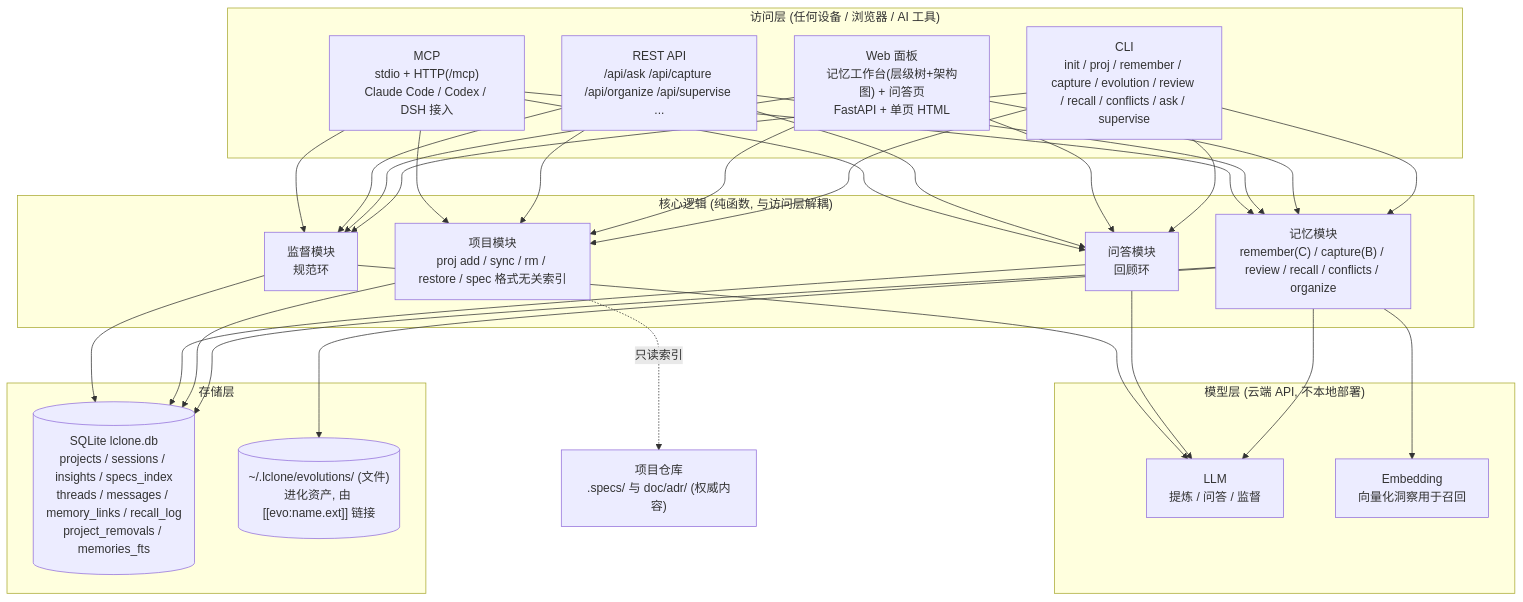
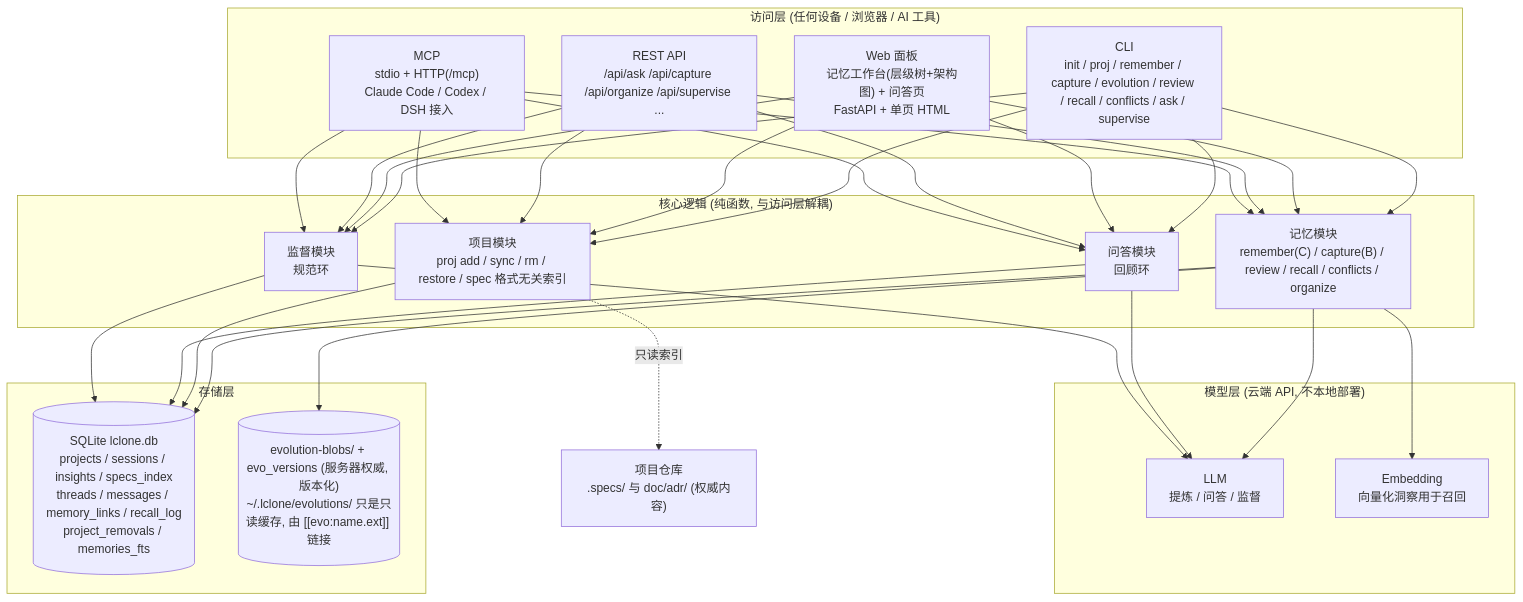
Before and after one commit to ljzRober/L-clone: the diagram in README.zh-CN.md, drawn with Mermaid. The commit also changed other lines of this file and 25 other files, not shown here.

````diff
--- a/README.zh-CN.md
+++ b/README.zh-CN.md
@@ -32,39 +32,39 @@
 ```mermaid
 flowchart TB
     subgraph 访问层["访问层 (任何设备 / 浏览器 / AI 工具)"]
         CLI["CLI<br/>init / proj / remember / capture / evolution / review / recall / conflicts / ask / supervise"]
         WEB["Web 面板<br/>记忆工作台(层级树+架构图) + 问答页<br/>FastAPI + 单页 HTML"]
         API["REST API<br/>/api/ask /api/capture /api/organize /api/supervise ..."]
         MCP["MCP<br/>stdio + HTTP(/mcp)<br/>Claude Code / Codex / DSH 接入"]
     end
 
     subgraph 核心["核心逻辑 (纯函数, 与访问层解耦)"]
         MEM["记忆模块<br/>remember(C) / capture(B) / review / recall / conflicts / organize"]
         PROJ["项目模块<br/>proj add / sync / rm / restore / spec 格式无关索引"]
         CHAT["问答模块<br/>回顾环"]
         SUPE["监督模块<br/>规范环"]
     end
 
     subgraph 存储["存储层"]
         DB[("SQLite lclone.db<br/>projects / sessions / insights / specs_index<br/>threads / messages / memory_links / recall_log<br/>project_removals / memories_fts")]
-        EVO[("~/.lclone/evolutions/ (文件)<br/>进化资产, 由 [[evo:name.ext]] 链接")]
+        EVO[("evolution-blobs/ + evo_versions (服务器权威, 版本化)<br/>~/.lclone/evolutions/ 只是只读缓存, 由 [[evo:name.ext]] 链接")]
     end
 
     subgraph 模型["模型层 (云端 API, 不本地部署)"]
         LLM["LLM<br/>提炼 / 问答 / 监督"]
         EMB["Embedding<br/>向量化洞察用于召回"]
     end
 
     CLI --> MEM & PROJ & CHAT & SUPE
     WEB --> MEM & PROJ & CHAT & SUPE
     API --> MEM & PROJ & CHAT & SUPE
     MCP --> MEM & PROJ & CHAT & SUPE
     MEM --> DB & EVO
     PROJ --> DB
     CHAT --> DB
     SUPE --> DB
     PROJ -. 只读索引 .-> REPO["项目仓库<br/>.specs/ 与 doc/adr/ (权威内容)"]
     MEM --> EMB & LLM
     CHAT --> LLM
     SUPE --> LLM
 ```
````
